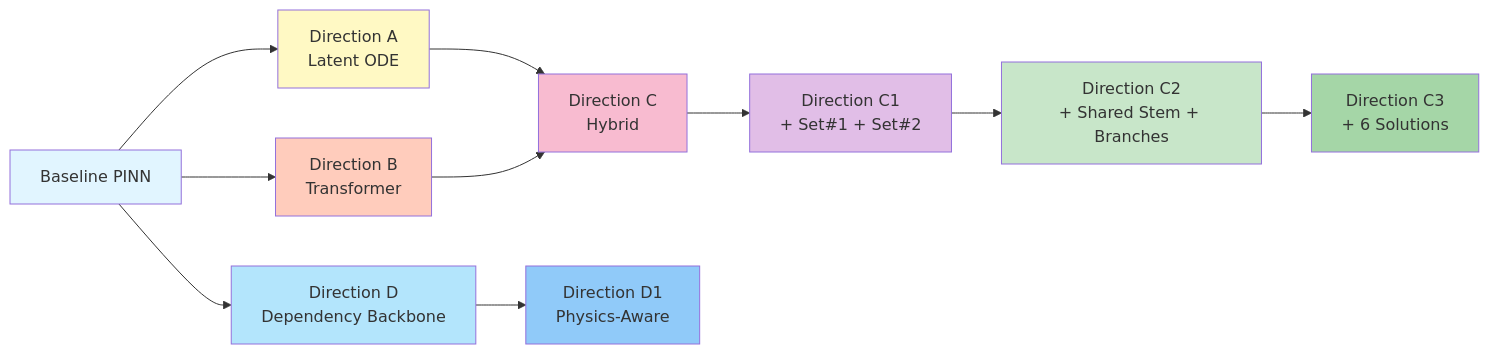
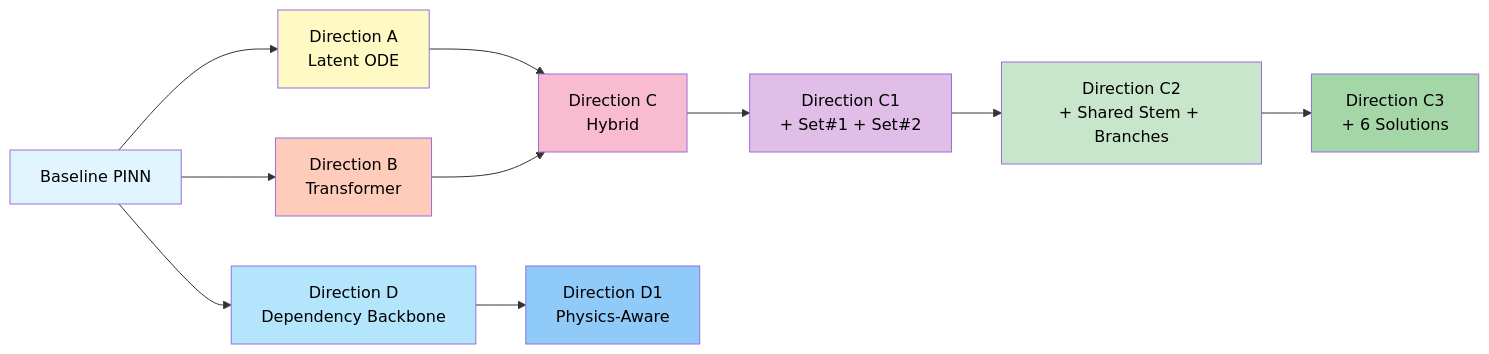
Diagram 11 of 11 in docs/architecture_diagram.md (hahahuy/thesis-rocket-trajectory-optimizer), drawn with Mermaid before and after one commit. The commit also changed other lines of this file, not shown here.

Commit message:
diagram fix

````diff
--- a/docs/architecture_diagram.md
+++ b/docs/architecture_diagram.md
@@ -463,22 +463,22 @@
 ```mermaid
 graph LR
-    A[Baseline PINN] --> B[Direction A<br/>Latent ODE]
-    A --> C[Direction B<br/>Transformer]
-    B --> D[Direction C<br/>Hybrid]
+    A["Baseline PINN"] --> B["Direction A<br/>Latent ODE"]
+    A --> C["Direction B<br/>Transformer"]
+    B --> D["Direction C<br/>Hybrid"]
     C --> D
-    D --> E[Direction C1<br/>+ Set#1 + Set#2]
-    E --> F[Direction C2<br/>+ Shared Stem + Branches]
-    F --> G[Direction C3<br/>+ 6 Solutions]
-    A --> H[Direction D<br/>Dependency Backbone]
-    H --> I[Direction D1<br/>Physics-Aware]
+    D --> E["Direction C1<br/>+ Set#1 + Set#2"]
+    E --> F["Direction C2<br/>+ Shared Stem + Branches"]
+    F --> G["Direction C3<br/>+ 6 Solutions"]
+    A --> H["Direction D<br/>Dependency Backbone"]
+    H --> I["Direction D1<br/>Physics-Aware"]
     
-    style A fill:#e1f5ff
-    style B fill:#fff9c4
-    style C fill:#ffccbc
-    style D fill:#f8bbd0
-    style E fill:#e1bee7
-    style F fill:#c8e6c9
-    style G fill:#a5d6a7
-    style H fill:#b3e5fc
-    style I fill:#90caf9
+    style A fill:#e1f5ff,color:#000000
+    style B fill:#fff9c4,color:#000000
+    style C fill:#ffccbc,color:#000000
+    style D fill:#f8bbd0,color:#000000
+    style E fill:#e1bee7,color:#000000
+    style F fill:#c8e6c9,color:#000000
+    style G fill:#a5d6a7,color:#000000
+    style H fill:#b3e5fc,color:#000000
+    style I fill:#90caf9,color:#000000
 ```
````
